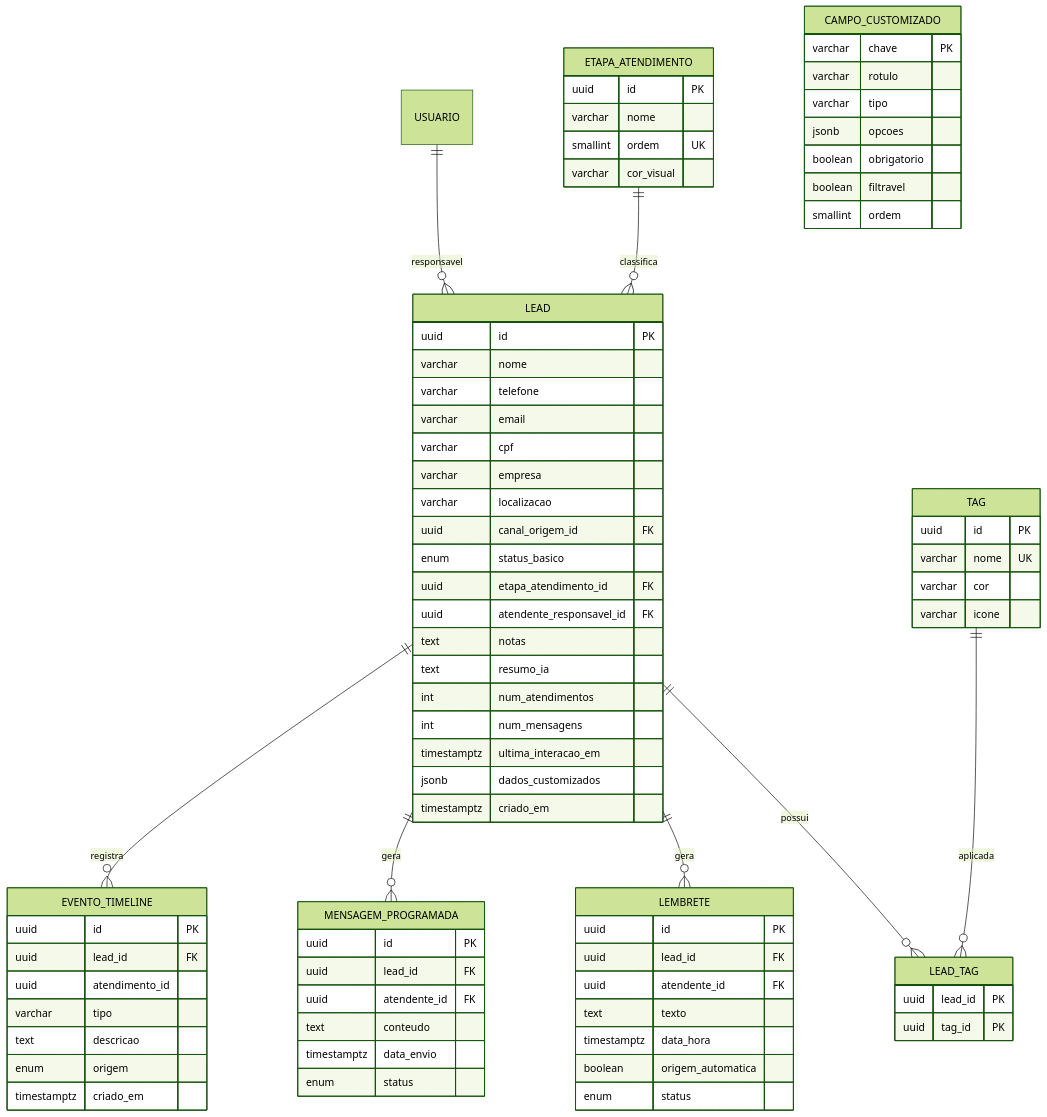
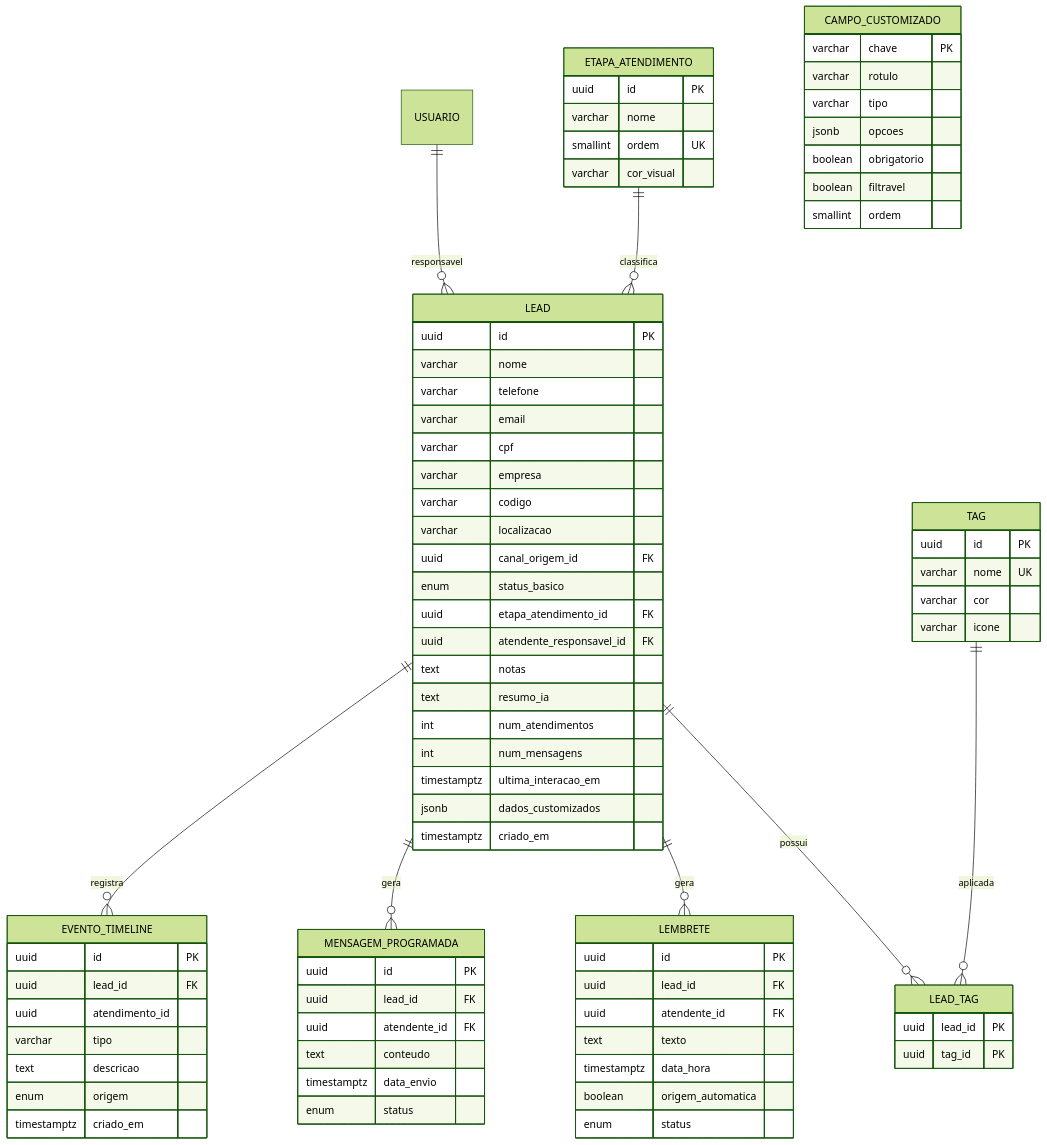
The third of 12 diagrams in docs/12-diagramas-banco.md (synapse-auto/ERP-Matriz-Synapse), drawn with Mermaid (forest theme) before and after one commit. The commit also changed 26 other files, not shown here.

```diff
--- a/docs/12-diagramas-banco.md
+++ b/docs/12-diagramas-banco.md
@@ -158,6 +158,7 @@
         varchar email
         varchar cpf
         varchar empresa
+        varchar codigo
         varchar localizacao
         uuid canal_origem_id FK
         enum status_basico
```
